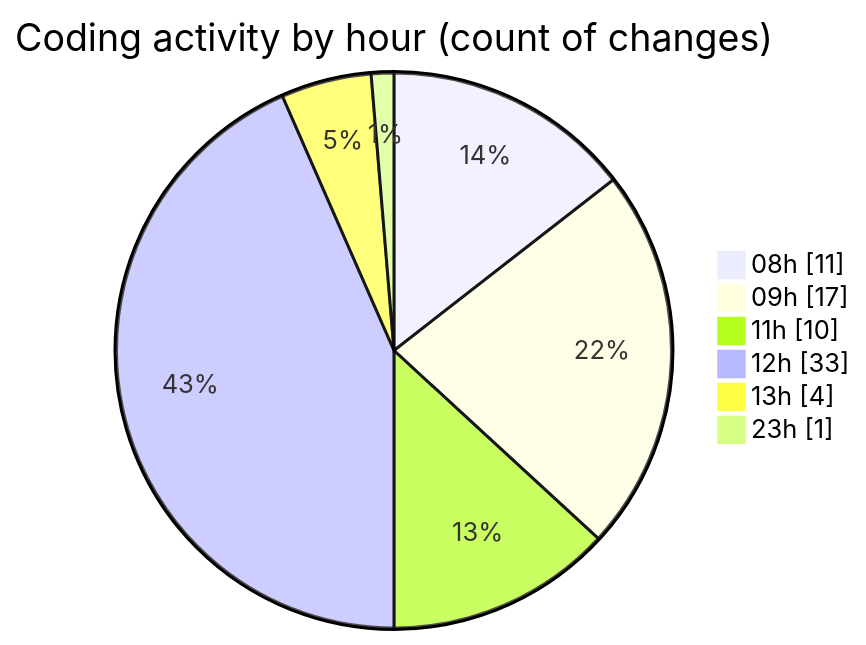
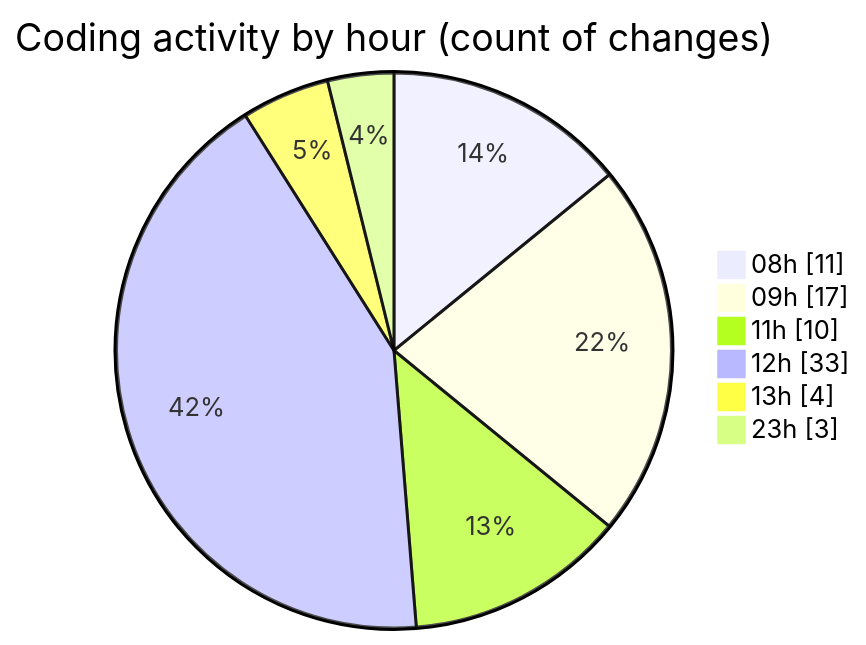
The second of 2 diagrams in 2026-09-11/cda/README.md (momahboobian/code-tracking), drawn with Mermaid before and after one commit. The commit also changed other lines of this file and 1 other file, not shown here.

````diff
--- a/2026-09-11/cda/README.md
+++ b/2026-09-11/cda/README.md
@@ -63,10 +63,10 @@
 ```mermaid
 pie showData
 title Coding activity by hour (count of changes)
 "08h" : 11
 "09h" : 17
 "11h" : 10
 "12h" : 33
 "13h" : 4
-"23h" : 1
+"23h" : 3
 ```
````
